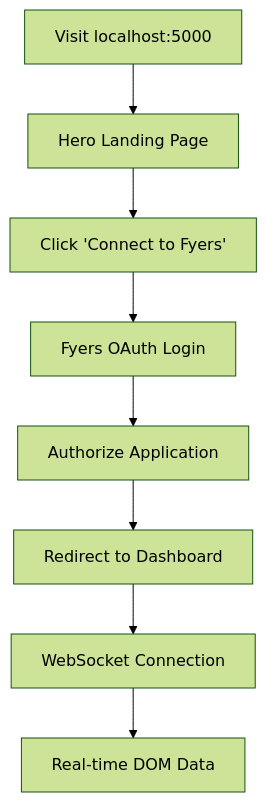
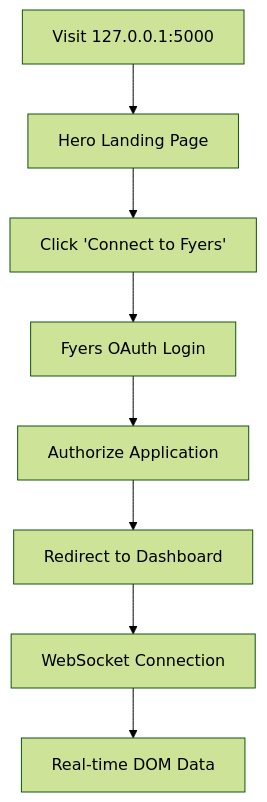
Before and after one commit to naveenkrish13/fyers-websockets: the diagram in README.md, drawn with Mermaid (forest theme). The commit also changed other lines of this file and 3 other files, not shown here.

````diff
--- a/README.md
+++ b/README.md
@@ -157,10 +166,10 @@
 ```mermaid
 graph TD
-    A[Visit localhost:5000] --> B[Hero Landing Page]
+    A[Visit 127.0.0.1:5000] --> B[Hero Landing Page]
     B --> C[Click 'Connect to Fyers']
     C --> D[Fyers OAuth Login]
     D --> E[Authorize Application]
     E --> F[Redirect to Dashboard]
     F --> G[WebSocket Connection]
     G --> H[Real-time DOM Data]
 ```
````
